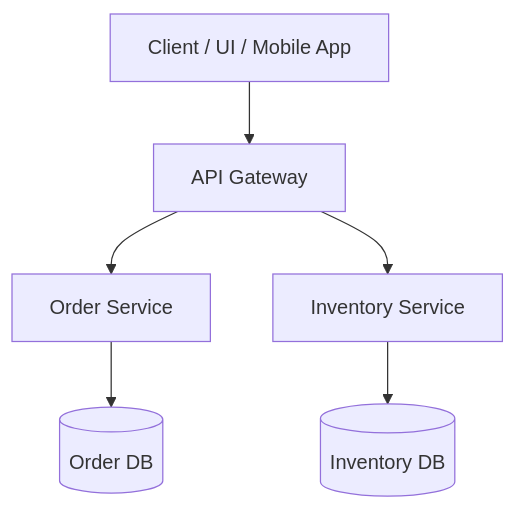
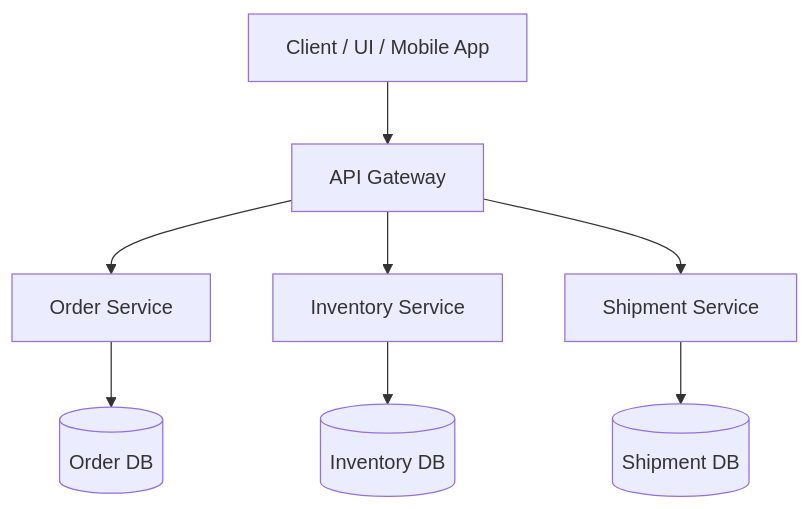
The diagram in README.md (chanduujjina/APIGateWay), drawn with Mermaid before and after one commit.

Commit message:
Update service diagram in README.md

````diff
--- a/README.md
+++ b/README.md
@@ -1,15 +1,19 @@
 ```mermaid
 flowchart TD
     A[Client / UI / Mobile App]
     B[API Gateway]
     C[Order Service]
     D[Inventory Service]
-    E[(Order DB)]
-    F[(Inventory DB)]
+    E[Shipment Service]
+    F[(Order DB)]
+    G[(Inventory DB)]
+    H[(Shipment DB)]
 
     A --> B
     B --> C
     B --> D
-    C --> E
-    D --> F
+    B --> E
+    C --> F
+    D --> G
+    E --> H
 ```
````
